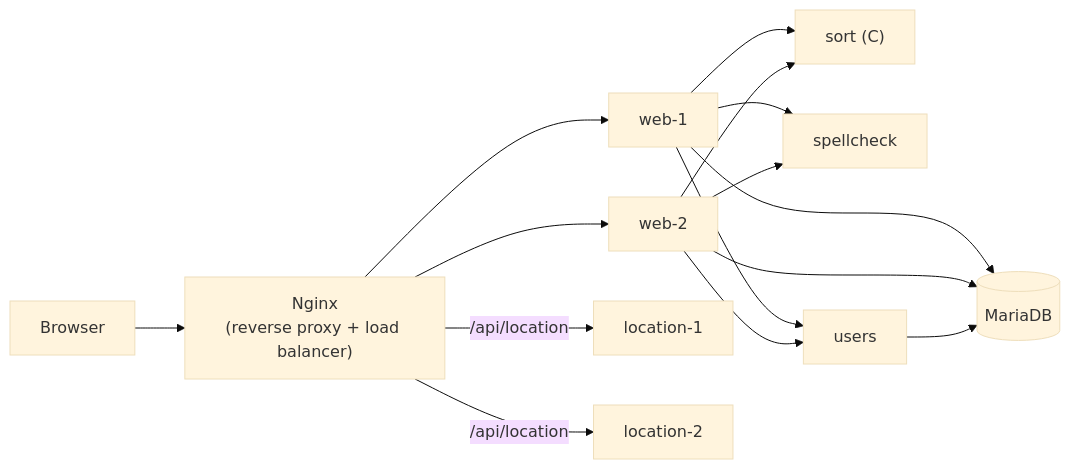
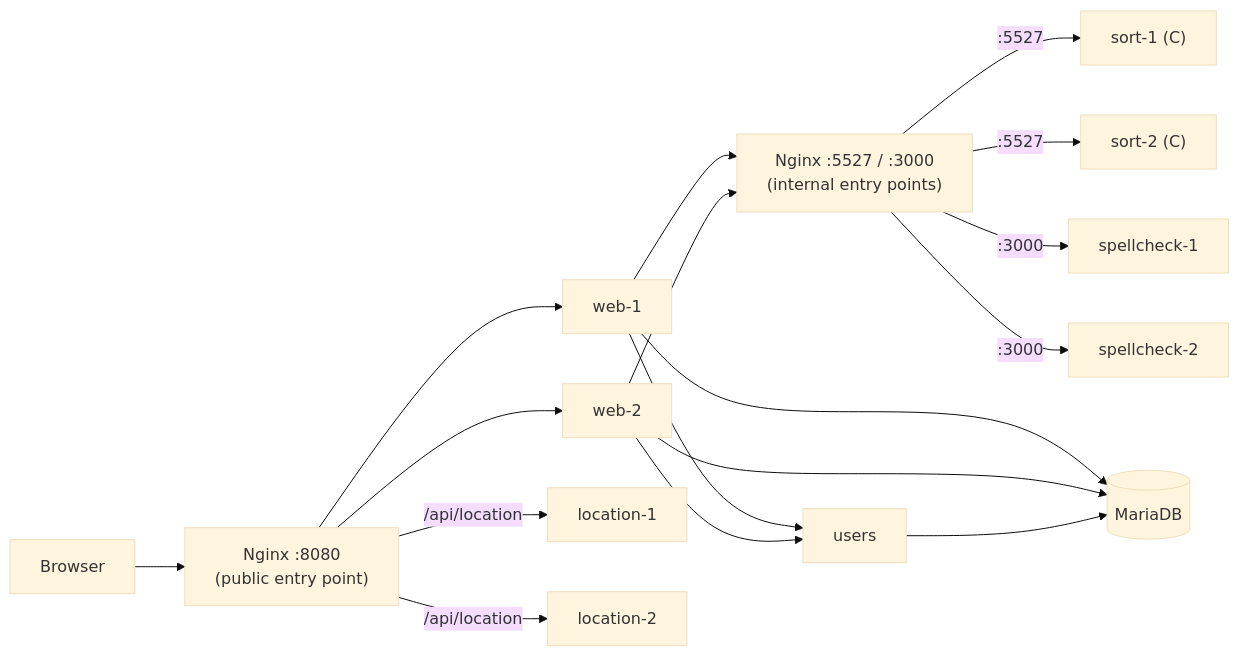
Before and after one commit to marvinh0913/Taste-City: the diagram in README.md, drawn with Mermaid (base theme). The commit also changed other lines of this file, not shown here.

Commit message:
docs: update README for sort and spellcheck load balancing

````diff
--- a/README.md
+++ b/README.md
@@ -9,13 +9,18 @@
 ```mermaid
 flowchart LR
-    Browser --> Nginx["Nginx<br/>(reverse proxy + load balancer)"]
-    Nginx --> Web1["web-1"]
-    Nginx --> Web2["web-2"]
-    Nginx -->|/api/location| Loc1["location-1"]
-    Nginx -->|/api/location| Loc2["location-2"]
-    Web1 & Web2 --> Sort["sort (C)"]
-    Web1 & Web2 --> Spell["spellcheck"]
+    Browser --> Public["Nginx :8080<br/>(public entry point)"]
+    Public --> Web1["web-1"]
+    Public --> Web2["web-2"]
+    Public -->|/api/location| Loc1["location-1"]
+    Public -->|/api/location| Loc2["location-2"]
+
+    Web1 & Web2 --> Internal["Nginx :5527 / :3000<br/>(internal entry points)"]
+    Internal -->|:5527| Sort1["sort-1 (C)"]
+    Internal -->|:5527| Sort2["sort-2 (C)"]
+    Internal -->|:3000| Spell1["spellcheck-1"]
+    Internal -->|:3000| Spell2["spellcheck-2"]
+
     Web1 & Web2 --> Users["users"]
     Web1 & Web2 --> DB[("MariaDB")]
     Users --> DB
 ```
````
